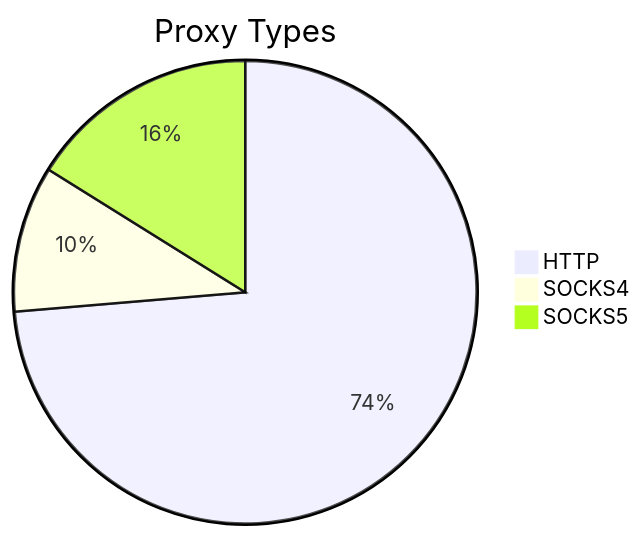
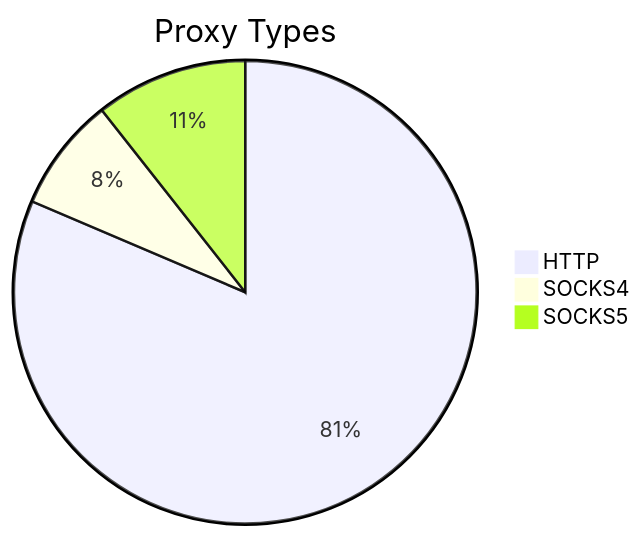
Before and after one commit to stormsia/proxy-list: the first of 2 diagrams in README.md, drawn with Mermaid. The commit also changed other lines of this file, not shown here.

````diff
--- a/README.md
+++ b/README.md
@@ -21,6 +21,6 @@
 ```mermaid
 pie title Proxy Types
-    "HTTP" : 274
-    "SOCKS4" : 38
-    "SOCKS5" : 60
+    "HTTP" : 276
+    "SOCKS4" : 27
+    "SOCKS5" : 36
 ```
````
